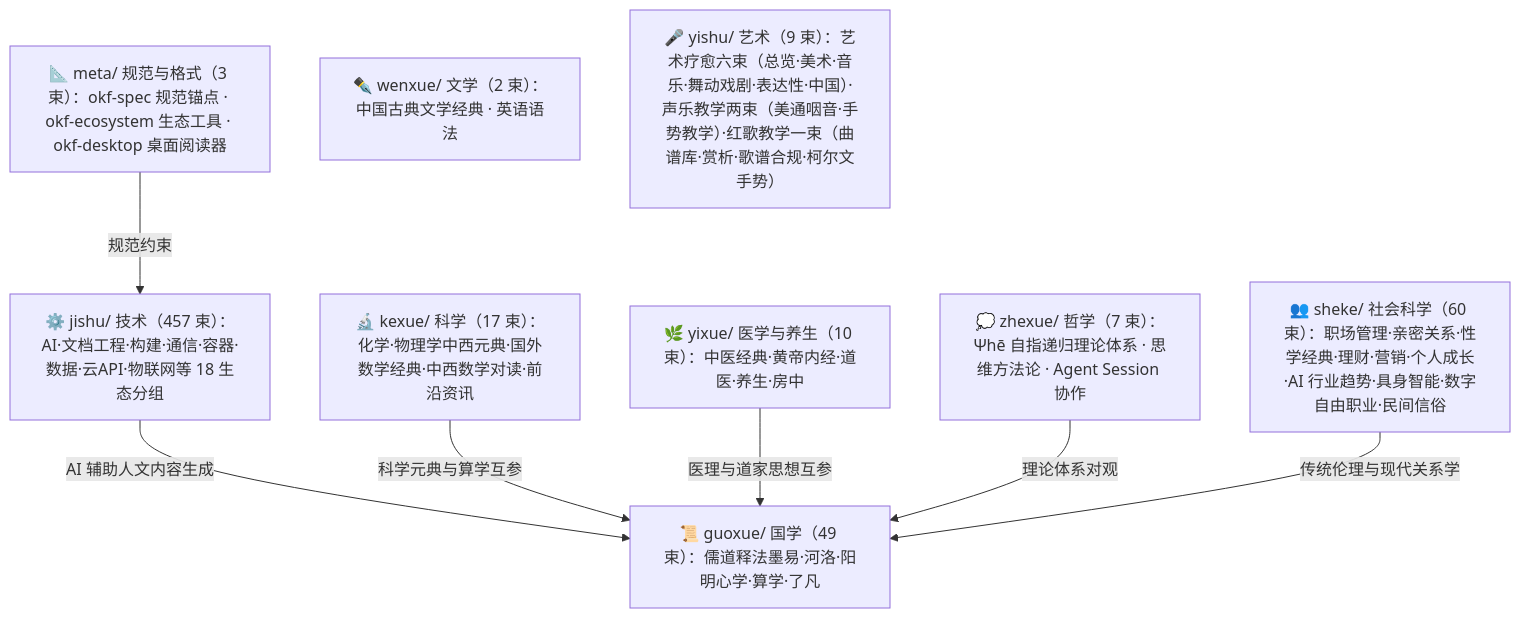
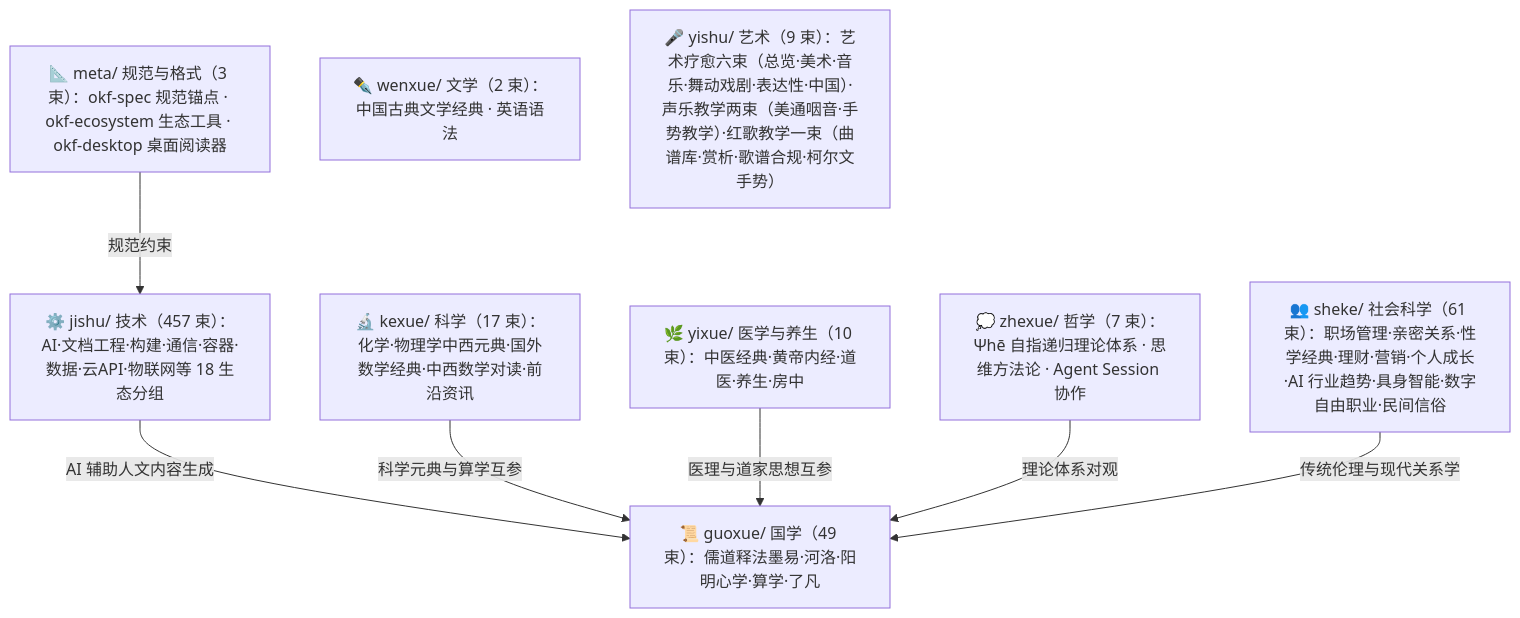
One commit to awesome-flexloop/awesome-okf changed the diagram in doc/bundles/index.md. Above: the diagram before and after it, drawn with Mermaid. The commit also changed other lines of this file and 14 other files, not shown here.

````diff
--- a/doc/bundles/index.md
+++ b/doc/bundles/index.md
@@ -21,18 +21,18 @@
 ```mermaid
 flowchart TD
     meta["📐 meta/ 规范与格式（3 束）：okf-spec 规范锚点 · okf-ecosystem 生态工具 · okf-desktop 桌面阅读器"]
     guoxue["📜 guoxue/ 国学（49 束）：儒道释法墨易·河洛·阳明心学·算学·了凡"]
     zhexue["💭 zhexue/ 哲学（7 束）：Ψhē 自指递归理论体系 · 思维方法论 · Agent Session 协作"]
     kexue["🔬 kexue/ 科学（17 束）：化学·物理学中西元典·国外数学经典·中西数学对读·前沿资讯"]
     wenxue["✒️ wenxue/ 文学（2 束）：中国古典文学经典 · 英语语法"]
     yixue["🌿 yixue/ 医学与养生（10 束）：中医经典·黄帝内经·道医·养生·房中"]
-    sheke["👥 sheke/ 社会科学（60 束）：职场管理·亲密关系·性学经典·理财·营销·个人成长·AI 行业趋势·具身智能·数字自由职业·民间信俗"]
+    sheke["👥 sheke/ 社会科学（61 束）：职场管理·亲密关系·性学经典·理财·营销·个人成长·AI 行业趋势·具身智能·数字自由职业·民间信俗"]
     yishu["🎤 yishu/ 艺术（9 束）：艺术疗愈六束（总览·美术·音乐·舞动戏剧·表达性·中国）·声乐教学两束（美通咽音·手势教学）·红歌教学一束（曲谱库·赏析·歌谱合规·柯尔文手势）"]
     jishu["⚙️ jishu/ 技术（457 束）：AI·文档工程·构建·通信·容器·数据·云API·物联网等 18 生态分组"]
     meta -->|"规范约束"| jishu
     jishu -->|"AI 辅助人文内容生成"| guoxue
     kexue -->|"科学元典与算学互参"| guoxue
     yixue -->|"医理与道家思想互参"| guoxue
     zhexue -->|"理论体系对观"| guoxue
     sheke -->|"传统伦理与现代关系学"| guoxue
 ```
````
